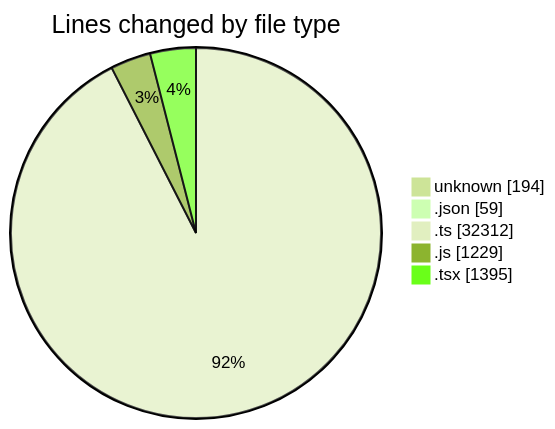
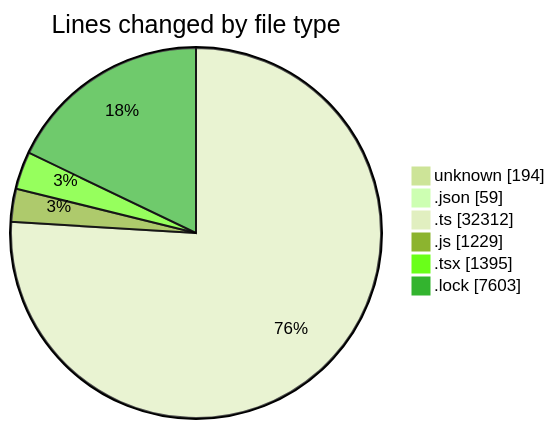
Before and after one commit to momahboobian/code-tracking: the first of 2 diagrams in 2025-11-13/cda/README.md, drawn with Mermaid (forest theme). The commit also changed other lines of this file and 1 other file, not shown here.

````diff
--- a/2025-11-13/cda/README.md
+++ b/2025-11-13/cda/README.md
@@ -40,9 +41,10 @@
 ```mermaid
 pie showData
 title Lines changed by file type
 "unknown" : 194
 ".json" : 59
 ".ts" : 32312
 ".js" : 1229
 ".tsx" : 1395
+".lock" : 7603
 ```
````
